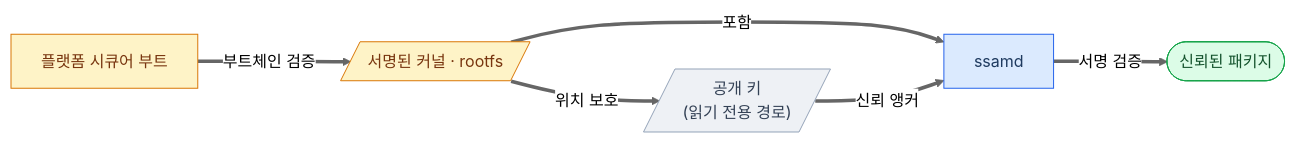
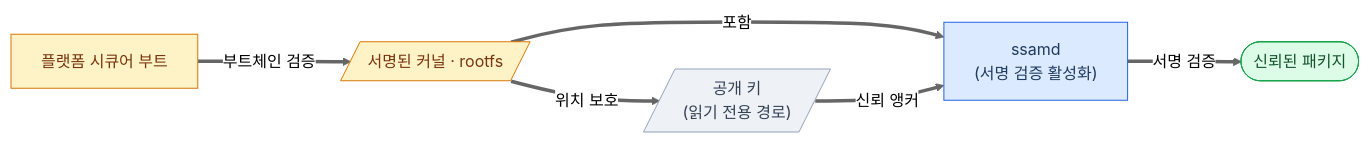
Before and after one commit to mobis-oss/ssam: the diagram in docs/guides/package-integrity.ko.md, drawn with Mermaid (neutral theme). The commit also changed other lines of this file and 46 other files, not shown here.

````diff
--- a/docs/guides/package-integrity.ko.md
+++ b/docs/guides/package-integrity.ko.md
@@ -79,23 +86,23 @@
 ```mermaid
 flowchart LR
   SB["플랫폼 시큐어 부트"]
   BOOT[/"서명된 커널 · rootfs"/]
   PK[/"공개 키<br/>(읽기 전용 경로)"/]
-  D["ssamd"]
+  D["ssamd<br/>(서명 검증 활성화)"]
   PKG(["신뢰된 패키지"])
 
   SB ==>|"부트체인 검증"| BOOT
   BOOT ==>|"위치 보호"| PK
   BOOT ==>|"포함"| D
   PK ==>|"신뢰 앵커"| D
   D ==>|"서명 검증"| PKG
 
   classDef actor  fill:#dbeafe,stroke:#2563eb,color:#1e3a5f;
   classDef data   fill:#eef1f5,stroke:#94a3b8,color:#334155;
   classDef ext    fill:#fef3c7,stroke:#d97706,color:#78350f;
   classDef result fill:#dcfce7,stroke:#16a34a,color:#14532d;
   class SB,BOOT ext;
   class PK data;
   class D actor;
   class PKG result;
 ```
````
